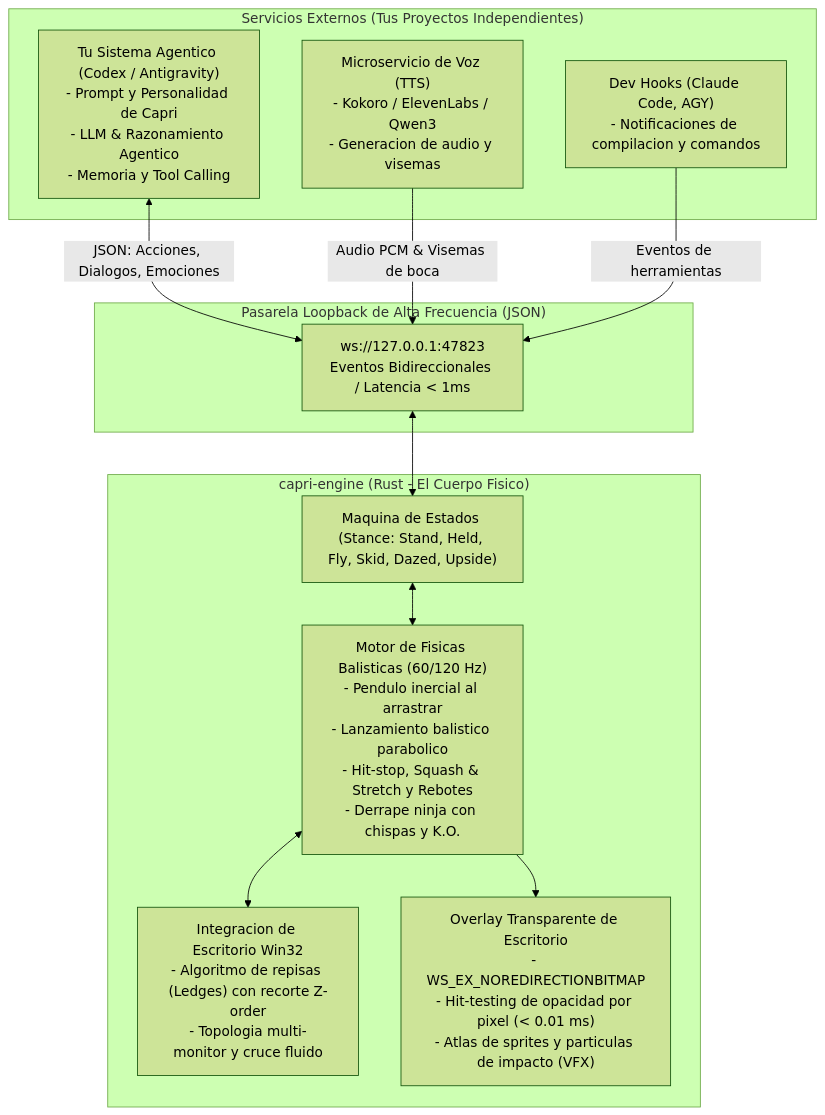
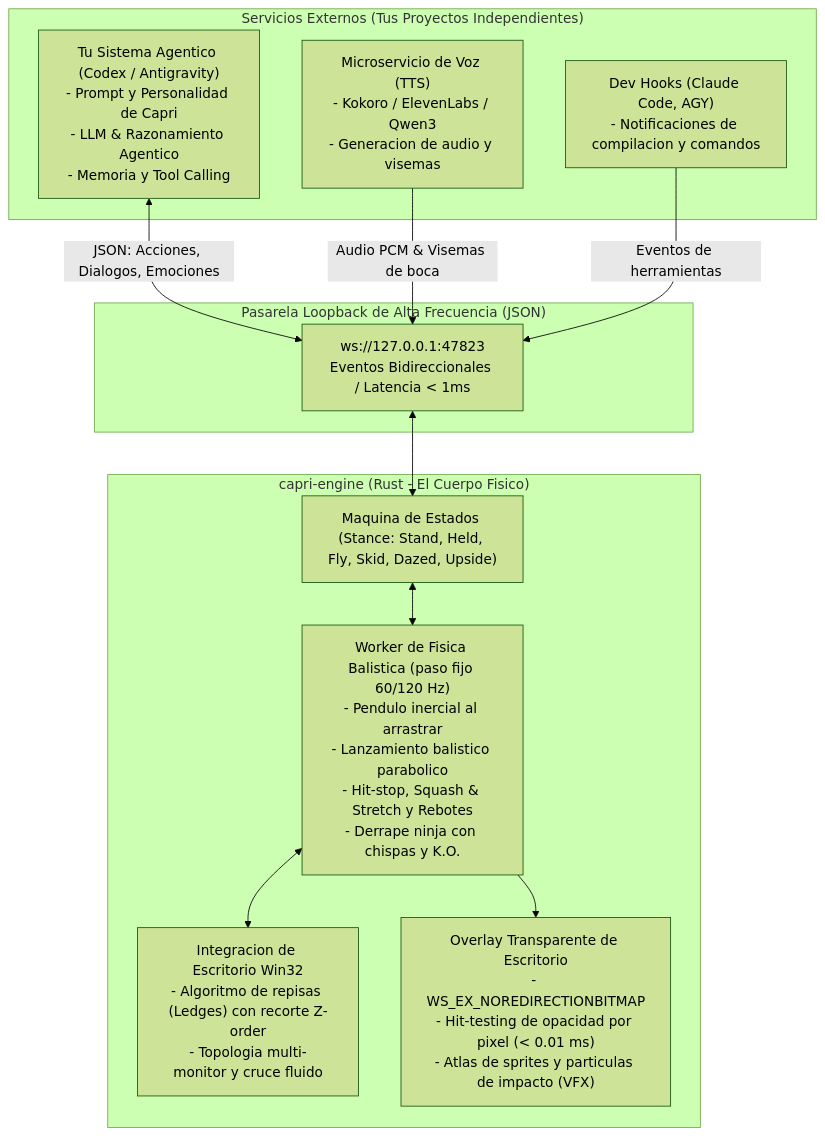
One commit to satoshiwolf/capri-engine changed the diagram in README.es.md. Above: the diagram before and after it, drawn with Mermaid (forest theme). The commit also changed other lines of this file and 1 other file, not shown here.

Commit message:
docs: align architecture with fixed-step runtime

````diff
--- a/README.es.md
+++ b/README.es.md
@@ -23,27 +23,27 @@
 ```mermaid
 flowchart TB
     subgraph EXTERNAL_SERVICES["Servicios Externos (Tus Proyectos Independientes)"]
         AGENT["Tu Sistema Agentico (Codex / Antigravity)\n- Prompt y Personalidad de Capri\n- LLM & Razonamiento Agentico\n- Memoria y Tool Calling"]
         TTS["Microservicio de Voz (TTS)\n- Kokoro / ElevenLabs / Qwen3\n- Generacion de audio y visemas"]
         HOOKS["Dev Hooks (Claude Code, AGY)\n- Notificaciones de compilacion y comandos"]
     end
 
     subgraph WEBSOCKET["Pasarela Loopback de Alta Frecuencia (JSON)"]
         WS["ws://127.0.0.1:47823\nEventos Bidireccionales / Latencia < 1ms"]
     end
 
     subgraph CAPRI_HOST["capri-engine (Rust - El Cuerpo Fisico)"]
         FSM["Maquina de Estados (Stance: Stand, Held, Fly, Skid, Dazed, Upside)"]
-        PHYSICS["Motor de Fisicas Balisticas (60/120 Hz)\n- Pendulo inercial al arrastrar\n- Lanzamiento balistico parabolico\n- Hit-stop, Squash & Stretch y Rebotes\n- Derrape ninja con chispas y K.O."]
+        PHYSICS["Worker de Fisica Balistica (paso fijo 60/120 Hz)\n- Pendulo inercial al arrastrar\n- Lanzamiento balistico parabolico\n- Hit-stop, Squash & Stretch y Rebotes\n- Derrape ninja con chispas y K.O."]
         DESKTOP["Integracion de Escritorio Win32\n- Algoritmo de repisas (Ledges) con recorte Z-order\n- Topologia multi-monitor y cruce fluido"]
         RENDER["Overlay Transparente de Escritorio\n- WS_EX_NOREDIRECTIONBITMAP\n- Hit-testing de opacidad por pixel (< 0.01 ms)\n- Atlas de sprites y particulas de impacto (VFX)"]
     end
 
     AGENT <-->|"JSON: Acciones, Dialogos, Emociones"| WS
     TTS -->|"Audio PCM & Visemas de boca"| WS
     HOOKS -->|"Eventos de herramientas"| WS
     WS <--> FSM
     FSM <--> PHYSICS
     PHYSICS <--> DESKTOP
     PHYSICS --> RENDER
 ```
````
